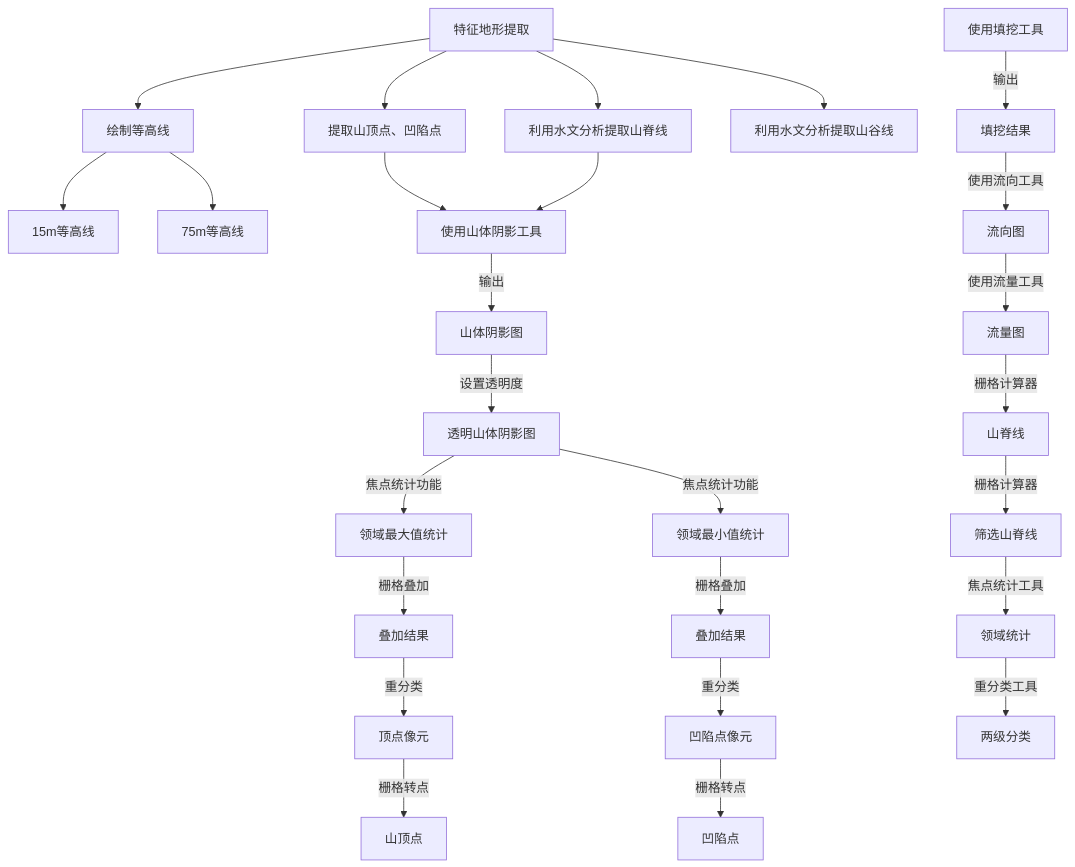
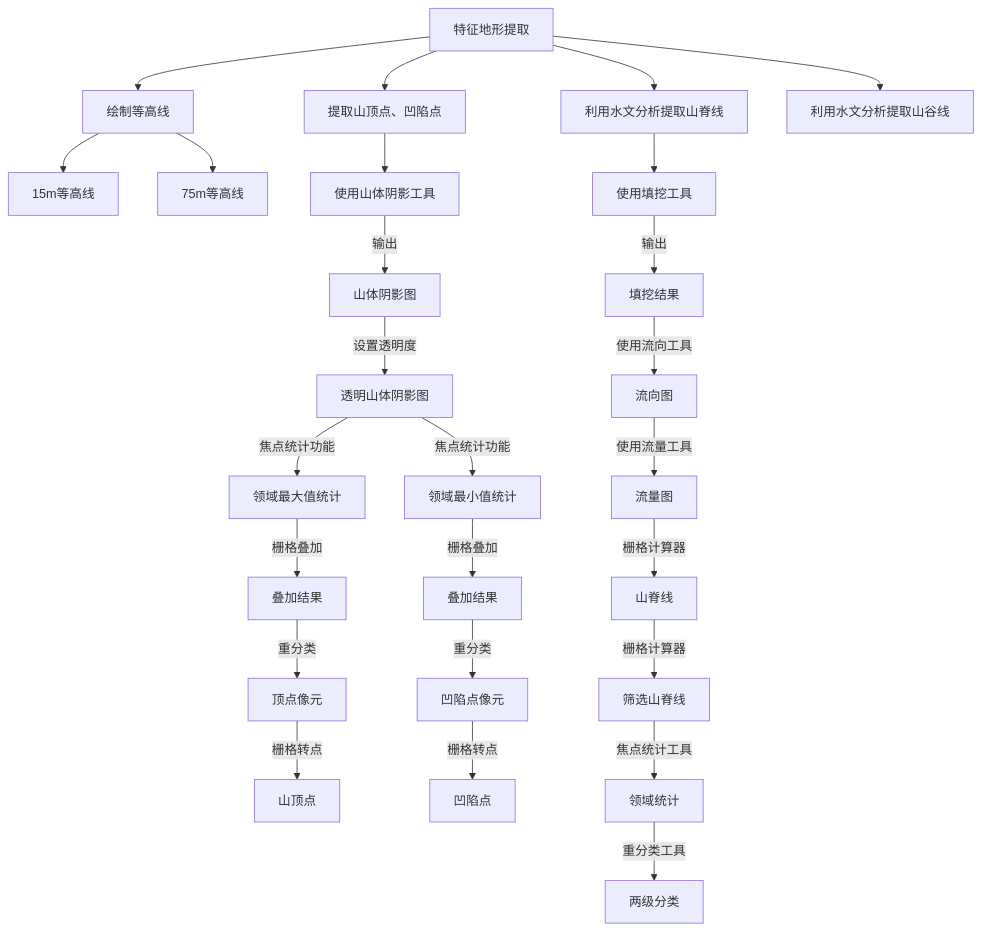
Before and after one commit to newguser/iodraw-files: the diagram in all/未命名-2.md, drawn with Mermaid.

Commit message:
2025-02-28 08:56:04 update

````diff
--- a/all/未命名-2.md
+++ b/all/未命名-2.md
@@ -1,28 +1,28 @@
 ```mermaid
 graph TD
     A[特征地形提取] --> B[绘制等高线]
    A --> C[提取山顶点、凹陷点]
     A --> D[利用水文分析提取山脊线]
     A --> E[利用水文分析提取山谷线]
     B[绘制等高线]--> B1[15m等高线]
     B[绘制等高线]--> B2[75m等高线]
     C[提取山顶点、凹陷点]-->C1[使用山体阴影工具]
-    D[利用水文分析提取山脊线]-->
+    D[利用水文分析提取山脊线]-->D1[使用填挖工具]
      C1[使用山体阴影工具] -->|输出| C2[山体阴影图]
         C2 -->|设置透明度| C3[透明山体阴影图]
         C3 -->|焦点统计功能| C4[领域最大值统计]
         C4 -->|栅格叠加| C5[叠加结果]
         C5 -->|重分类| C6[顶点像元]
         C6 -->|栅格转点| C7[山顶点]
         C3 -->|焦点统计功能| C8[领域最小值统计]
         C8 -->|栅格叠加| C9[叠加结果]
         C9 -->|重分类| C10[凹陷点像元]
         C10 -->|栅格转点| C11[凹陷点]
          D1[使用填挖工具] -->|输出| D2[填挖结果]
         D2 -->|使用流向工具| D3[流向图]
         D3 -->|使用流量工具| D4[流量图]
         D4 -->|栅格计算器| D5[山脊线]
         D5 -->|栅格计算器| D6[筛选山脊线]
         D6 -->|焦点统计工具| D7[领域统计]
         D7 -->|重分类工具| D8[两级分类]
 ```
````
